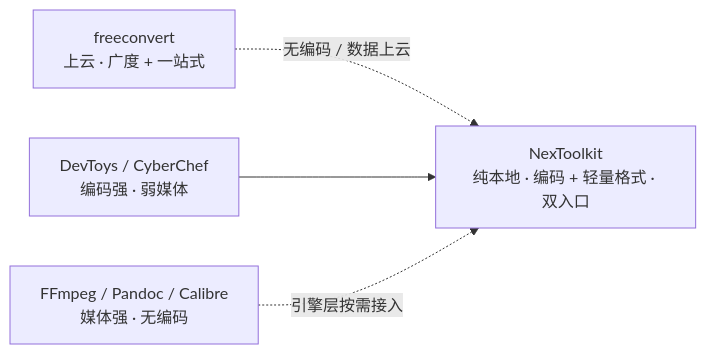
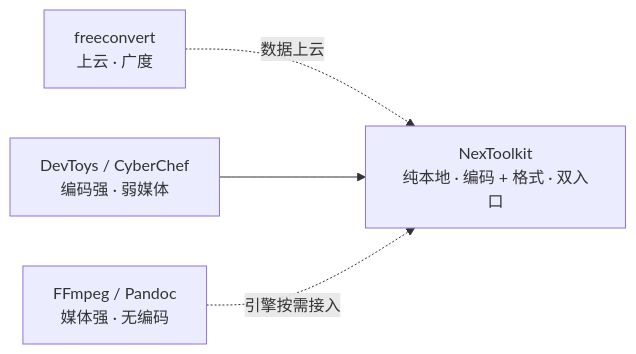
One commit to int2t05/NexToolkit changed the first of 2 diagrams in docs/prd.md. Above: the diagram before and after it, drawn with Mermaid. The commit also changed other lines of this file and 5 other files, not shown here.

First line of the commit message:
docs: 全量重构——prd/tech/api/flow/todo + README,mermaid 为主,简洁成熟

````diff
--- a/docs/prd.md
+++ b/docs/prd.md
@@ -9,7 +7,7 @@
 ```mermaid
 flowchart LR
-  F["freeconvert<br/>上云 · 广度 + 一站式"] -.->|"无编码 / 数据上云"| NT
+  F["freeconvert<br/>上云 · 广度"] -.->|"数据上云"| NT
   C["DevToys / CyberChef<br/>编码强 · 弱媒体"] --> NT
-  E["FFmpeg / Pandoc / Calibre<br/>媒体强 · 无编码"] -.->|"引擎层按需接入"| NT
-  NT["NexToolkit<br/>纯本地 · 编码 + 轻量格式 · 双入口"]
+  E["FFmpeg / Pandoc<br/>媒体强 · 无编码"] -.->|"引擎按需接入"| NT
+  NT["NexToolkit<br/>纯本地 · 编码 + 格式 · 双入口"]
 ```
````
